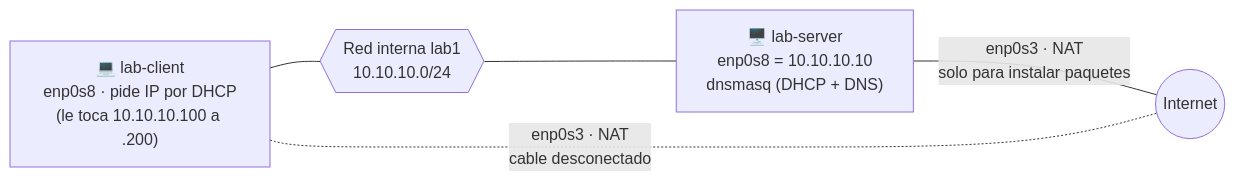
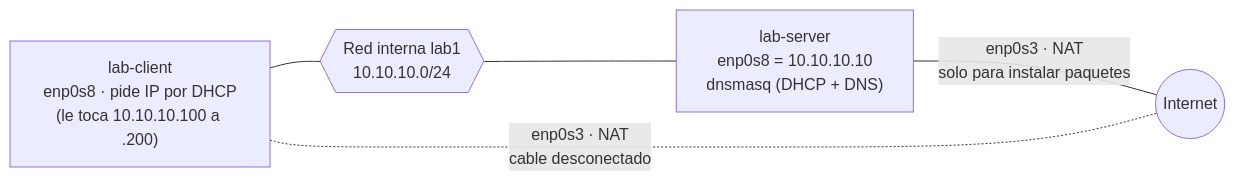
One commit to Ragdoll-Git/TP1aTp7-Guia changed the diagram in 01-tp1-dhcp-dns.md. Above: the diagram before and after it, drawn with Mermaid. The commit also changed other lines of this file and 9 other files, not shown here.

````diff
--- a/01-tp1-dhcp-dns.md
+++ b/01-tp1-dhcp-dns.md
@@ -5,11 +5,11 @@
 ```mermaid
 flowchart LR
-    c["💻 lab-client<br>enp0s8 · pide IP por DHCP<br>(le toca 10.10.10.100 a .200)"]
+    c["lab-client<br>enp0s8 · pide IP por DHCP<br>(le toca 10.10.10.100 a .200)"]
     lab{{"Red interna lab1<br>10.10.10.0/24"}}
-    s["🖥️ lab-server<br>enp0s8 = 10.10.10.10<br>dnsmasq (DHCP + DNS)"]
+    s["lab-server<br>enp0s8 = 10.10.10.10<br>dnsmasq (DHCP + DNS)"]
     internet(("Internet"))
 
     c --- lab --- s
     s ---|"enp0s3 · NAT<br>solo para instalar paquetes"| internet
     c -.-|"enp0s3 · NAT<br>cable desconectado"| internet
 ```
````
